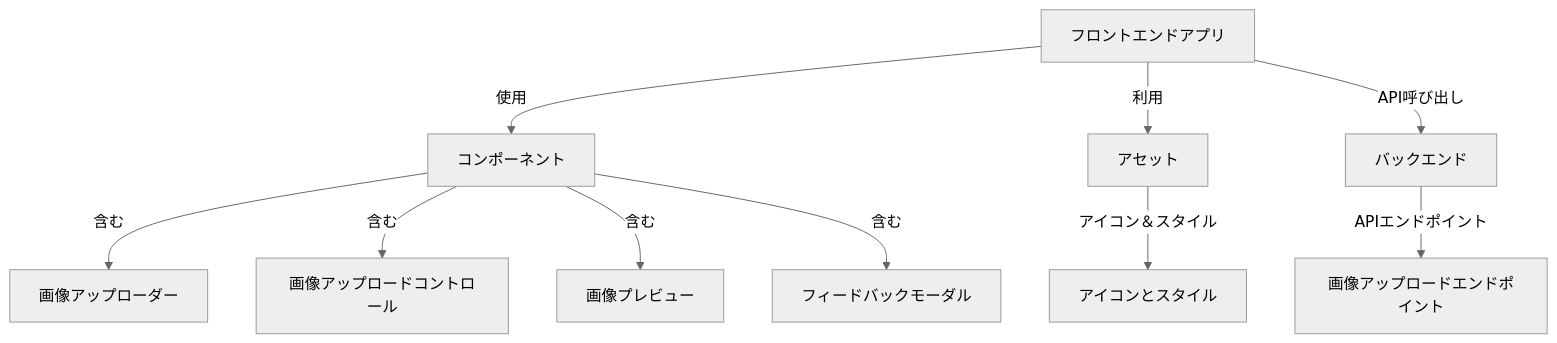
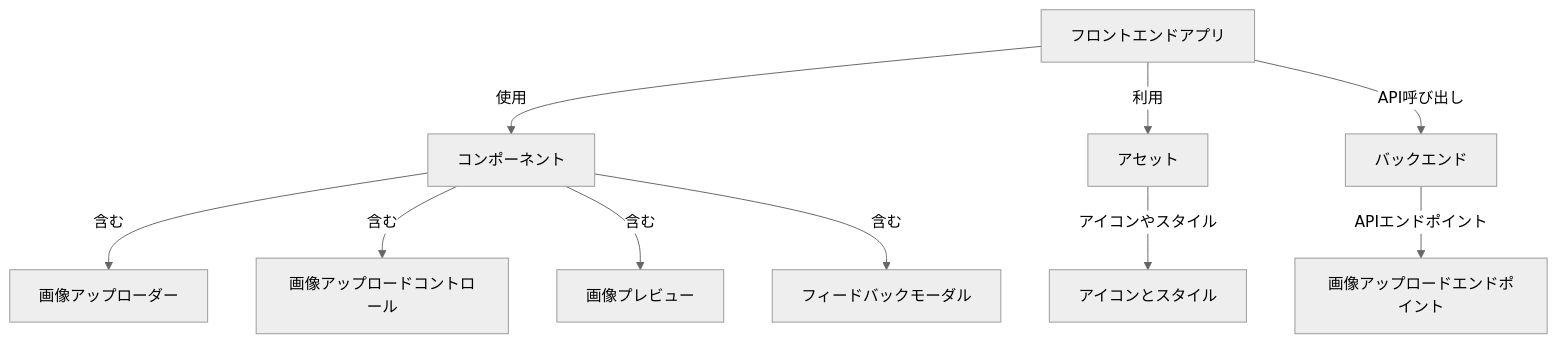
One commit to shafiulshaon/vue3_image_upload_order changed the first of 3 diagrams in system_diagram_jp.md. Above: the diagram before and after it, drawn with Mermaid (neutral theme). The commit also changed other lines of this file, not shown here.

First line of the commit message:
Update system_diagram_jp.md

````diff
--- a/system_diagram_jp.md
+++ b/system_diagram_jp.md
@@ -12,12 +12,12 @@
 ```mermaid
 graph TD
     A[フロントエンドアプリ] -->|使用| B[コンポーネント]
     A -->|利用| C[アセット]
     A -->|API呼び出し| D[バックエンド]
     B -->|含む| E[画像アップローダー]
     B -->|含む| F[画像アップロードコントロール]
     B -->|含む| G[画像プレビュー]
     B -->|含む| H[フィードバックモーダル]
-    C -->|アイコン＆スタイル| I[アイコンとスタイル]
+    C -->|アイコンやスタイル| I[アイコンとスタイル]
     D -->|APIエンドポイント| J[画像アップロードエンドポイント]
 ```
````
